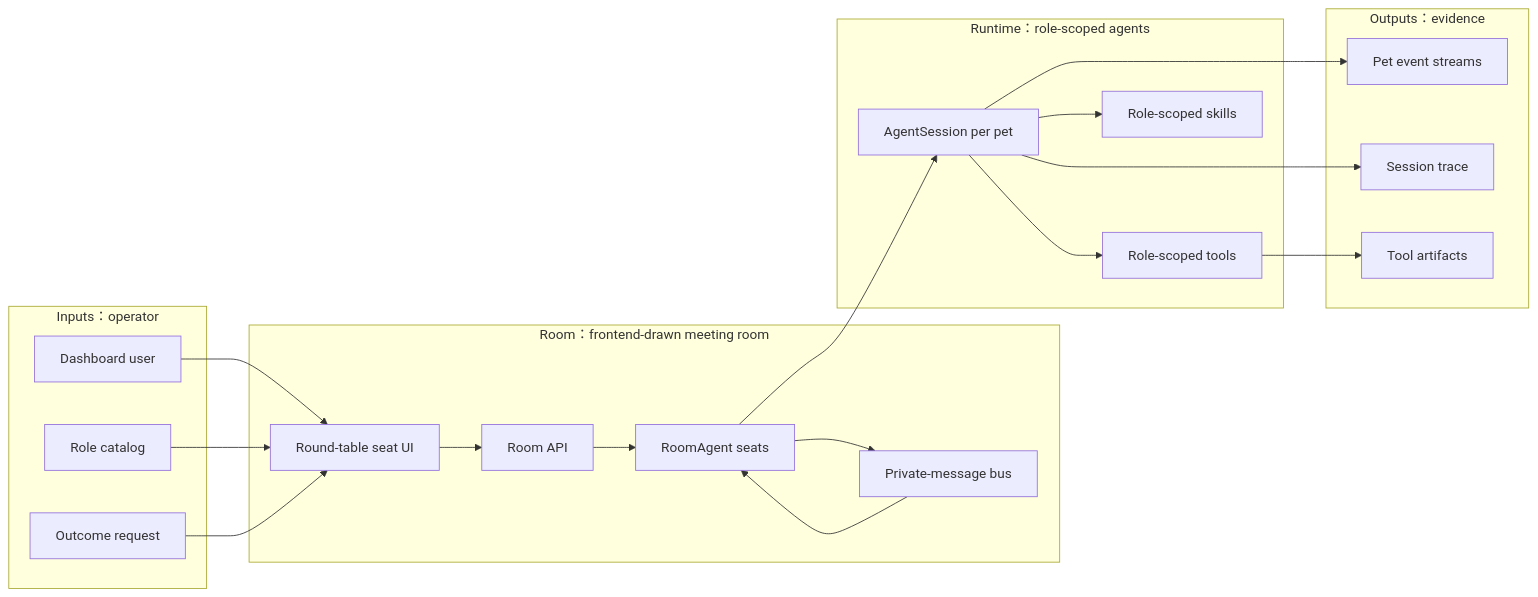
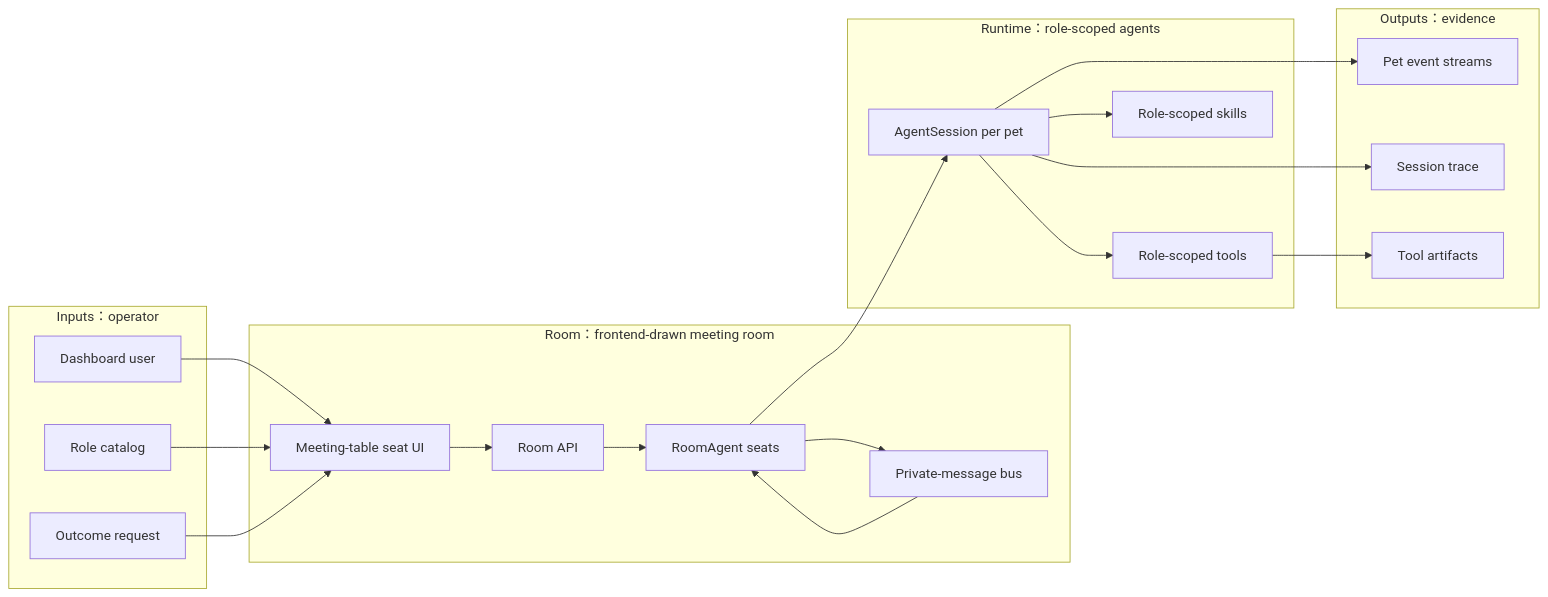
One commit to fightheyyy/XiaoBa-CLI changed the diagram in dashboard/SPEC.md. Above: the diagram before and after it, drawn with Mermaid. The commit also changed 2 other files, not shown here.

Commit message:
Polish room agent canvas

````diff
--- a/dashboard/SPEC.md
+++ b/dashboard/SPEC.md
@@ -27,41 +27,41 @@
 ```mermaid
 flowchart LR
     subgraph Inputs["Inputs：operator"]
         Human["Dashboard user"]
         Roles["Role catalog"]
         Mission["Outcome request"]
     end
 
     subgraph Room["Room：frontend-drawn meeting room"]
-        UI["Round-table seat UI"]
+        UI["Meeting-table seat UI"]
         API["Room API"]
         Seats["RoomAgent seats"]
         PM["Private-message bus"]
     end
 
     subgraph Runtime["Runtime：role-scoped agents"]
         Sessions["AgentSession per pet"]
         Tools["Role-scoped tools"]
         Skills["Role-scoped skills"]
     end
 
     subgraph Outputs["Outputs：evidence"]
         SSE["Pet event streams"]
         Trace["Session trace"]
         Artifacts["Tool artifacts"]
     end
 
     Human --> UI
     Roles --> UI
     Mission --> UI
     UI --> API
     API --> Seats
     Seats --> PM
     PM --> Seats
     Seats --> Sessions
     Sessions --> Tools
     Sessions --> Skills
     Sessions --> SSE
     Tools --> Artifacts
     Sessions --> Trace
 ```
````
